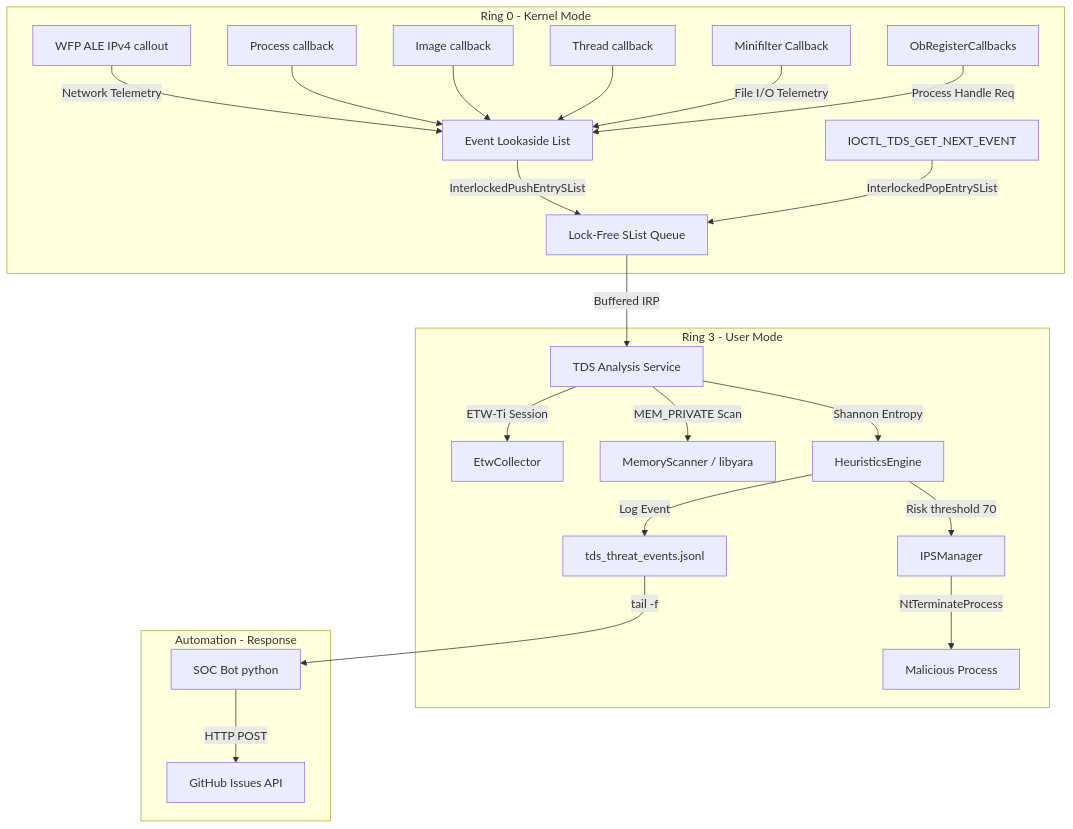
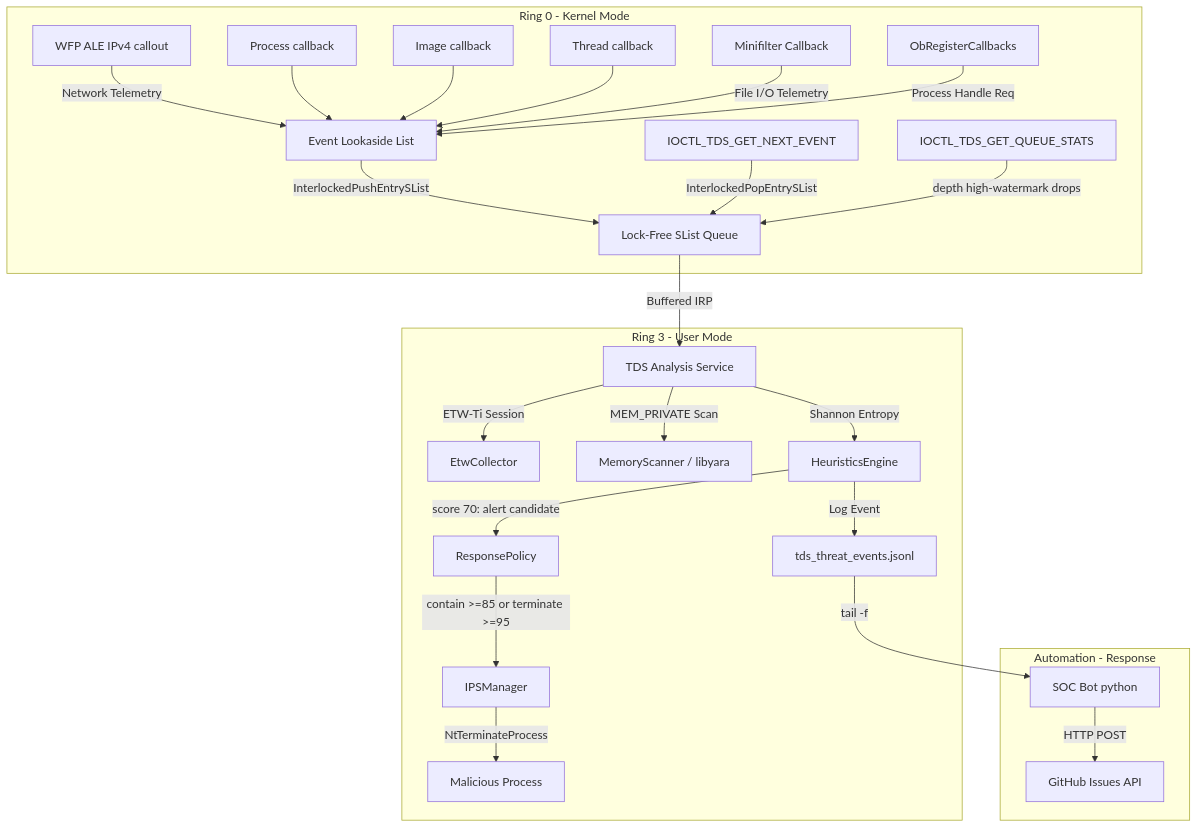
Before and after one commit to genesisgzdev/threat-detection-suite: the diagram in README.md, drawn with Mermaid. The commit also changed other lines of this file and 27 other files, not shown here.

````diff
--- a/README.md
+++ b/README.md
@@ -20,28 +20,30 @@
 ```mermaid
 graph TD
     subgraph KERNEL["Ring 0 - Kernel Mode"]
-        WFP[WFP ALE IPv4 callout] --> |Network Telemetry| EL[Event Lookaside List];
+        WFP[WFP ALE IPv4 callout] -->|Network Telemetry| EL[Event Lookaside List]
         PROC[Process callback] --> EL;
         IMG[Image callback] --> EL;
         THR[Thread callback] --> EL;
-        MF[Minifilter Callback] --> |File I/O Telemetry| EL;
-        OB[ObRegisterCallbacks] --> |Process Handle Req| EL;
-        EL --> |InterlockedPushEntrySList| SList[Lock-Free SList Queue];
-        IOCTL[IOCTL_TDS_GET_NEXT_EVENT] --> |InterlockedPopEntrySList| SList;
+        MF[Minifilter Callback] -->|File I/O Telemetry| EL
+        OB[ObRegisterCallbacks] -->|Process Handle Req| EL
+        EL -->|InterlockedPushEntrySList| SList[Lock-Free SList Queue]
+        IOCTL[IOCTL_TDS_GET_NEXT_EVENT] -->|InterlockedPopEntrySList| SList
+        STATS[IOCTL_TDS_GET_QUEUE_STATS] -->|depth high-watermark drops| SList
     end
 
     subgraph USER["Ring 3 - User Mode"]
-        SList --> |Buffered IRP| Svc[TDS Analysis Service];
-        Svc --> |ETW-Ti Session| ETW[EtwCollector];
-        Svc --> |MEM_PRIVATE Scan| YARA[MemoryScanner / libyara];
-        Svc --> |Shannon Entropy| Heuristics[HeuristicsEngine];
-        Heuristics --> |Risk threshold 70| IPS[IPSManager];
-        IPS --> |NtTerminateProcess| Threat[Malicious Process];
-        Heuristics --> |Log Event| Log[tds_threat_events.jsonl];
+        SList -->|Buffered IRP| Svc[TDS Analysis Service]
+        Svc -->|ETW-Ti Session| ETW[EtwCollector]
+        Svc -->|MEM_PRIVATE Scan| YARA["MemoryScanner / libyara"]
+        Svc -->|Shannon Entropy| Heuristics[HeuristicsEngine]
+        Heuristics -->|score 70: alert candidate| RP[ResponsePolicy]
+        RP -->|contain >=85 or terminate >=95| IPS[IPSManager]
+        IPS -->|NtTerminateProcess| Threat[Malicious Process]
+        Heuristics -->|Log Event| Log[tds_threat_events.jsonl]
     end
     
     subgraph RESPONSE["Automation - Response"]
-        Log --> |tail -f| Bot[SOC Bot python];
-        Bot --> |HTTP POST| GitHub[GitHub Issues API];
+        Log -->|tail -f| Bot[SOC Bot python]
+        Bot -->|HTTP POST| GitHub[GitHub Issues API]
     end
 ```
````
